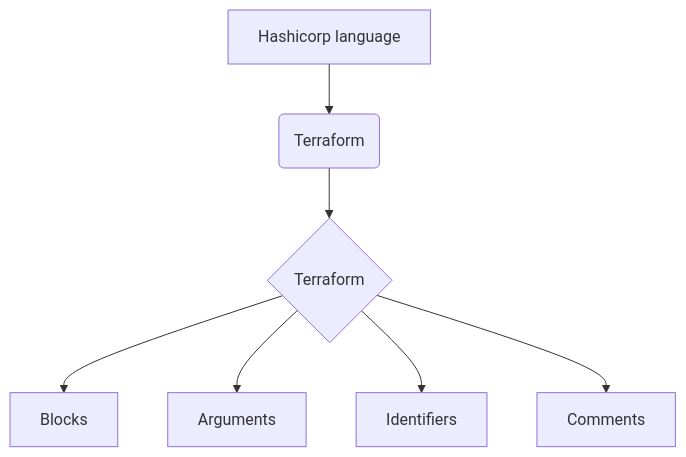
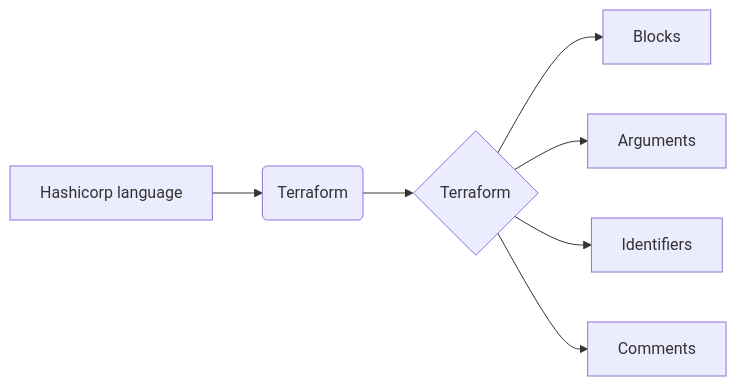
The diagram in docs/terraform.md (hemanth22/learntlessons), drawn with Mermaid before and after one commit.

Commit message:
fix: graph LR

````diff
--- a/docs/terraform.md
+++ b/docs/terraform.md
@@ -91,9 +91,9 @@
 ```mermaid
-flowchart TD
+graph LR
     A[Hashicorp language] --> B(Terraform)
     B --> C{Terraform}
     C --> D[Blocks]
     C --> E[Arguments]
     C --> F[Identifiers]
     C --> G[Comments]
 ```
````
